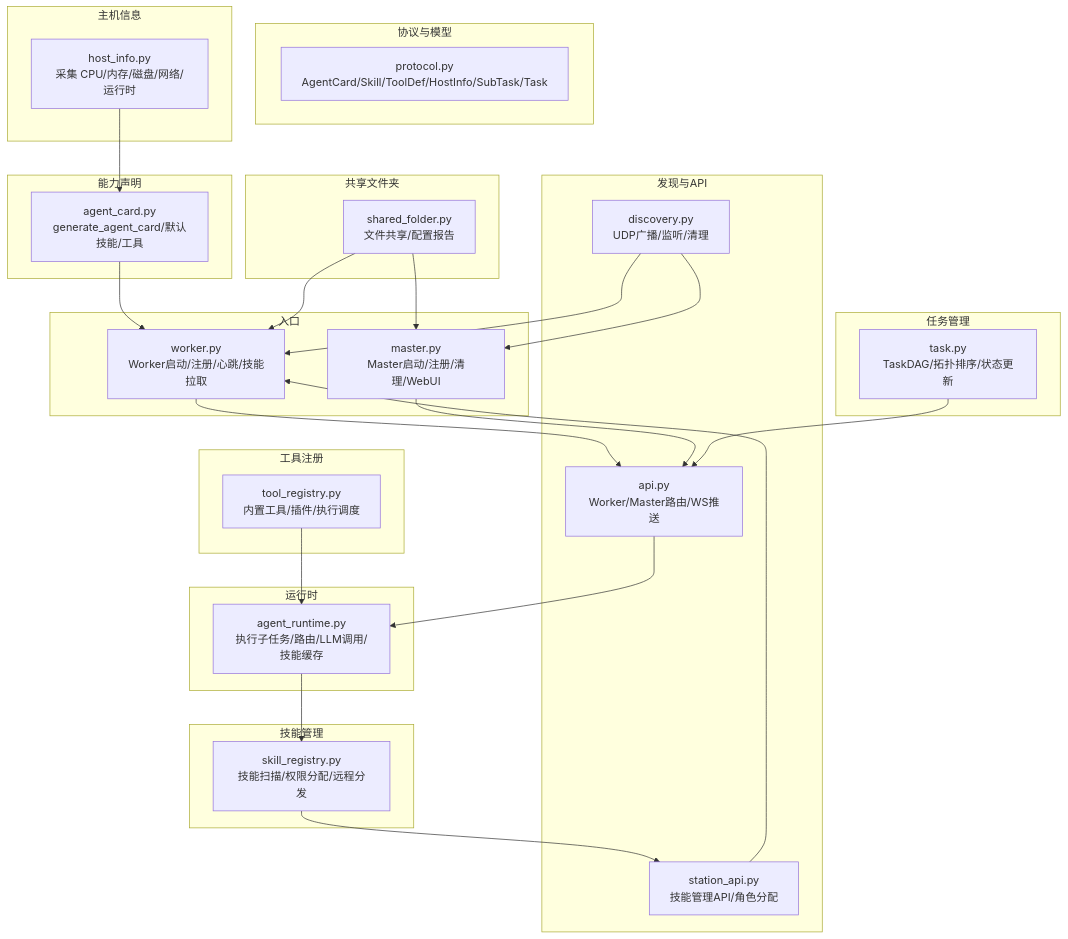
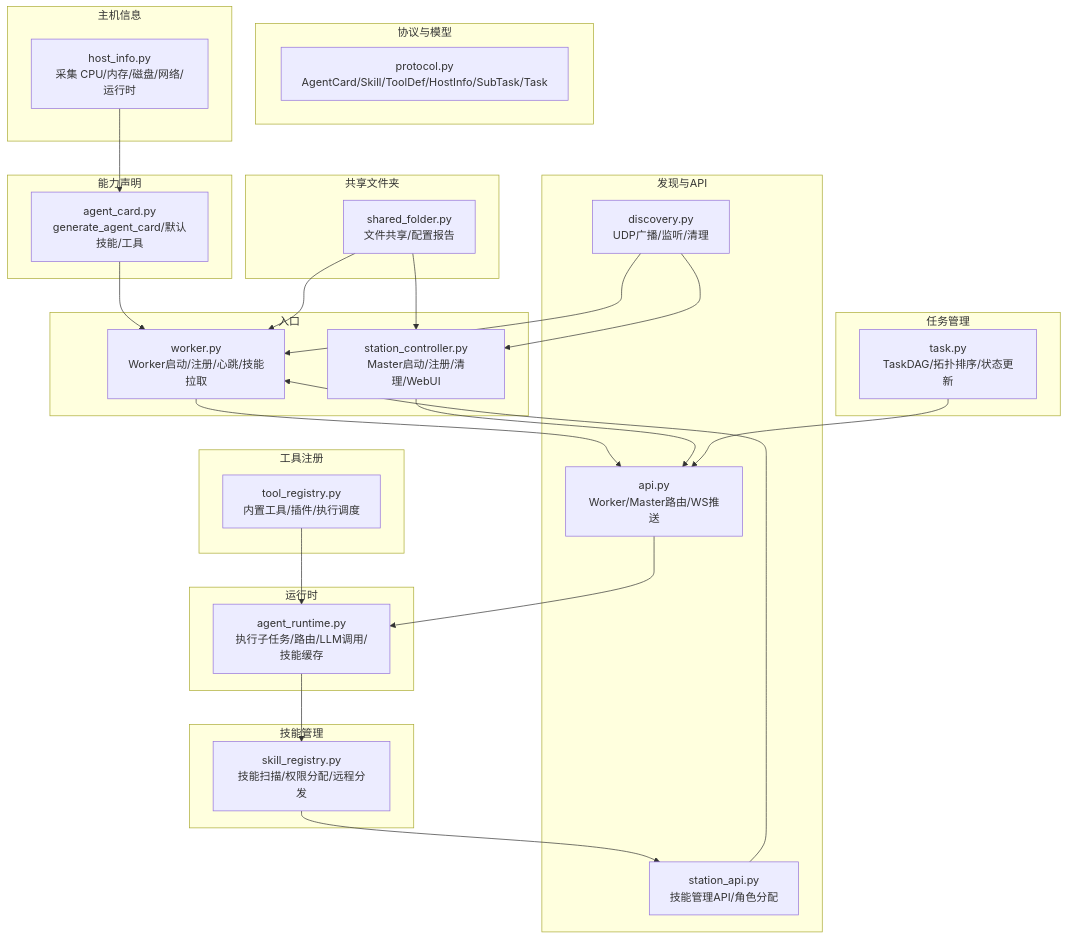
One commit to targalian/Personal-distributed-workstation changed the first of 5 diagrams in .qoder/repowiki/zh/content/架构设计/Worker 代理/Agent 能力声明系统/Agent 能力声明系统.md. Above: the diagram before and after it, drawn with Mermaid. The commit also changed other lines of this file and 63 other files, not shown here.

Commit message:
docs(station): 同步 repo wiki 至 station_controller/station_api 架构

````diff
--- a/.qoder/repowiki/zh/content/架构设计/Worker 代理/Agent 能力声明系统/Agent 能力声明系统.md
+++ b/.qoder/repowiki/zh/content/架构设计/Worker 代理/Agent 能力声明系统/Agent 能力声明系统.md
@@ -55,50 +55,50 @@
 ```mermaid
 graph TB
 subgraph "协议与模型"
 P["protocol.py<br/>AgentCard/Skill/ToolDef/HostInfo/SubTask/Task"]
 end
 subgraph "主机信息"
 HI["host_info.py<br/>采集 CPU/内存/磁盘/网络/运行时"]
 end
 subgraph "能力声明"
 AC["agent_card.py<br/>generate_agent_card/默认技能/工具"]
 end
 subgraph "运行时"
 AR["agent_runtime.py<br/>执行子任务/路由/LLM调用/技能缓存"]
 end
 subgraph "技能管理"
 SR["skill_registry.py<br/>技能扫描/权限分配/远程分发"]
 end
 subgraph "工具注册"
 TR["tool_registry.py<br/>内置工具/插件/执行调度"]
 end
 subgraph "任务管理"
 TD["task.py<br/>TaskDAG/拓扑排序/状态更新"]
 end
 subgraph "发现与API"
 DS["discovery.py<br/>UDP广播/监听/清理"]
 API["api.py<br/>Worker/Master路由/WS推送"]
 STA["station_api.py<br/>技能管理API/角色分配"]
 end
 subgraph "共享文件夹"
 SF["shared_folder.py<br/>文件共享/配置报告"]
 end
 subgraph "入口"
 WK["worker.py<br/>Worker启动/注册/心跳/技能拉取"]
-MK["master.py<br/>Master启动/注册/清理/WebUI"]
+MK["station_controller.py<br/>Master启动/注册/清理/WebUI"]
 end
 HI --> AC
 AC --> WK
 WK --> API
 MK --> API
 DS --> WK
 DS --> MK
 API --> AR
 TR --> AR
 TD --> API
 SF --> WK
 SF --> MK
 SR --> STA
 STA --> WK
 AR --> SR
 ```
````
